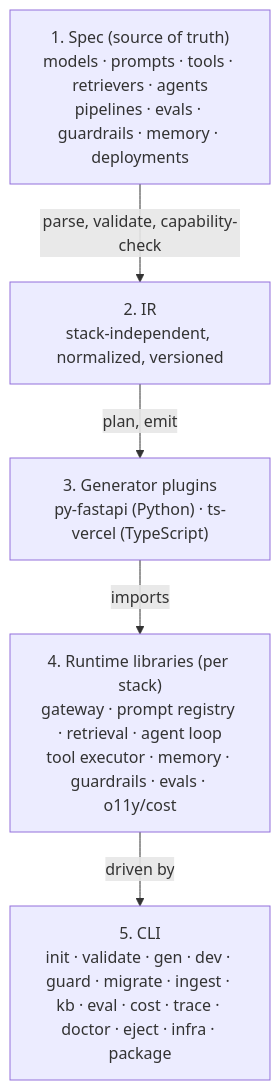
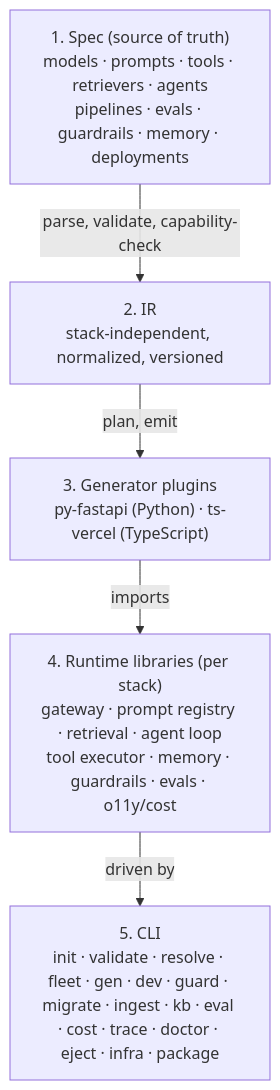
Before and after one commit to aid-framework/aid-framework: the diagram in README.md, drawn with Mermaid. The commit also changed other lines of this file and 49 other files, not shown here.

````diff
--- a/README.md
+++ b/README.md
@@ -45,12 +45,12 @@
 ```mermaid
 flowchart TD
     A["1. Spec (source of truth)<br/>models · prompts · tools · retrievers · agents<br/>pipelines · evals · guardrails · memory · deployments"]
     B["2. IR<br/>stack-independent, normalized, versioned"]
     C["3. Generator plugins<br/>py-fastapi (Python) · ts-vercel (TypeScript)"]
     D["4. Runtime libraries (per stack)<br/>gateway · prompt registry · retrieval · agent loop<br/>tool executor · memory · guardrails · evals · o11y/cost"]
-    E["5. CLI<br/>init · validate · gen · dev · guard · migrate · ingest · kb · eval · cost · trace · doctor · eject · infra · package"]
+    E["5. CLI<br/>init · validate · resolve · fleet · gen · dev · guard · migrate · ingest · kb · eval · cost · trace · doctor · eject · infra · package"]
     A -->|parse, validate, capability-check| B
     B -->|plan, emit| C
     C -->|imports| D
     D -->|driven by| E
 ```
````
